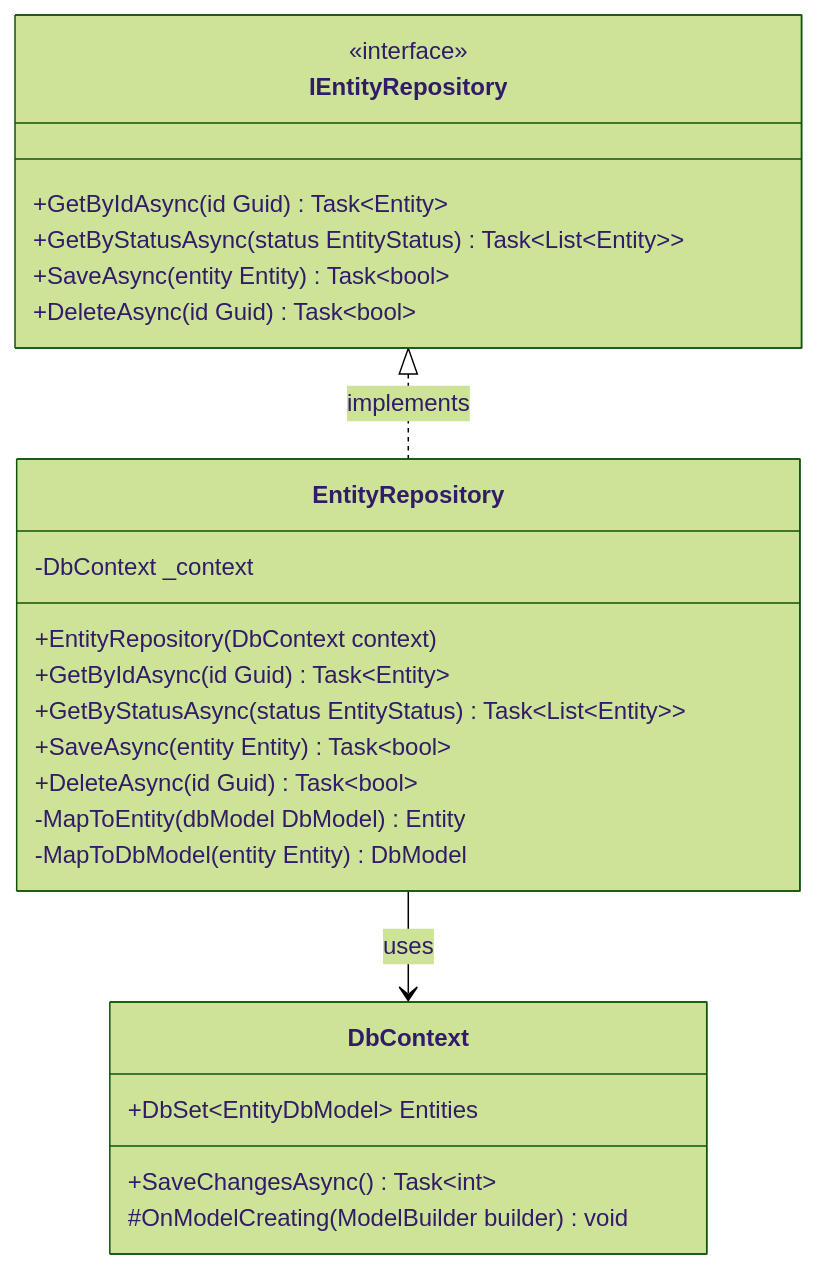
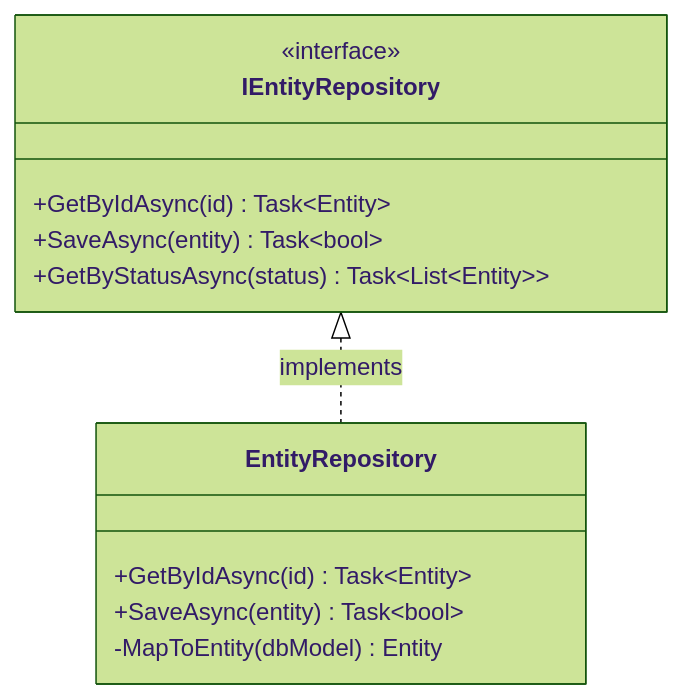
The fourth of 6 diagrams in .gaia/designs/2-class.md (frostaura/ai.toolkit.gaia), drawn with Mermaid (forest theme) before and after one commit. The commit also changed other lines of this file and 4 other files, not shown here.

````diff
--- a/.gaia/designs/2-class.md
+++ b/.gaia/designs/2-class.md
@@ -187,30 +107,17 @@
 ```mermaid
 classDiagram
     class IEntityRepository {
         <<interface>>
-        +GetByIdAsync(id Guid) Task~Entity~
-        +GetByStatusAsync(status EntityStatus) Task~List~Entity~~
-        +SaveAsync(entity Entity) Task~bool~
-        +DeleteAsync(id Guid) Task~bool~
+        +GetByIdAsync(id) Task~Entity~
+        +SaveAsync(entity) Task~bool~
+        +GetByStatusAsync(status) Task~List~Entity~~
     }
     
     class EntityRepository {
-        -DbContext _context
-        +EntityRepository(DbContext context)
-        +GetByIdAsync(id Guid) Task~Entity~
-        +GetByStatusAsync(status EntityStatus) Task~List~Entity~~
-        +SaveAsync(entity Entity) Task~bool~
-        +DeleteAsync(id Guid) Task~bool~
-        -MapToEntity(dbModel DbModel) Entity
-        -MapToDbModel(entity Entity) DbModel
-    }
-    
-    class DbContext {
-        +DbSet~EntityDbModel~ Entities
-        +SaveChangesAsync() Task~int~
-        #OnModelCreating(ModelBuilder builder) void
+        +GetByIdAsync(id) Task~Entity~
+        +SaveAsync(entity) Task~bool~
+        -MapToEntity(dbModel) Entity
     }
     
     IEntityRepository <|.. EntityRepository: implements
-    EntityRepository --> DbContext: uses
 ```
````
